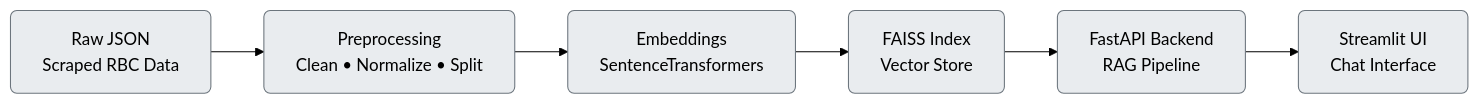
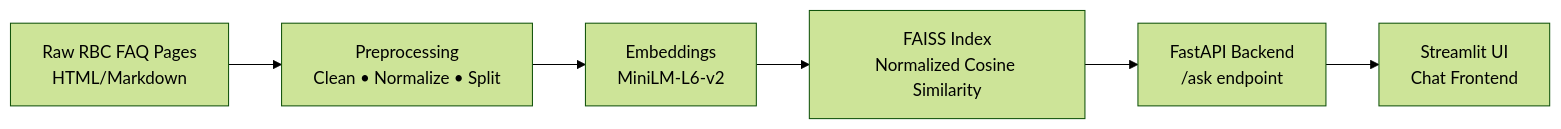
One commit to JDede1/rag-project changed the second of 3 diagrams in README.md. Above: the diagram before and after it, drawn with Mermaid (forest theme). The commit also changed other lines of this file, not shown here.

````diff
--- a/README.md
+++ b/README.md
@@ -71,16 +273,8 @@
 ```mermaid
 flowchart LR
-    %% Styles
-    classDef box fill:#e9ecef,stroke:#6c757d,stroke-width:1px,color:#000,rx:6,ry:6;
-
-    %% Nodes
-    A[Raw JSON<br/>Scraped RBC Data]:::box
-    B[Preprocessing<br/>Clean • Normalize • Split]:::box
-    C[Embeddings<br/>SentenceTransformers]:::box
-    D[FAISS Index<br/>Vector Store]:::box
-    E[FastAPI Backend<br/>RAG Pipeline]:::box
-    F[Streamlit UI<br/>Chat Interface]:::box
-
-    %% Flow
-    A --> B --> C --> D --> E --> F
+    RAW[Raw RBC FAQ Pages<br/>HTML/Markdown] --> CLEAN[Preprocessing<br/>Clean • Normalize • Split]
+    CLEAN --> EMB[Embeddings<br/>MiniLM-L6-v2]
+    EMB --> FAISS[FAISS Index<br/>Normalized Cosine Similarity]
+    FAISS --> API[FastAPI Backend<br/>/ask endpoint]
+    API --> UI[Streamlit UI<br/>Chat Frontend]
 ```
````
